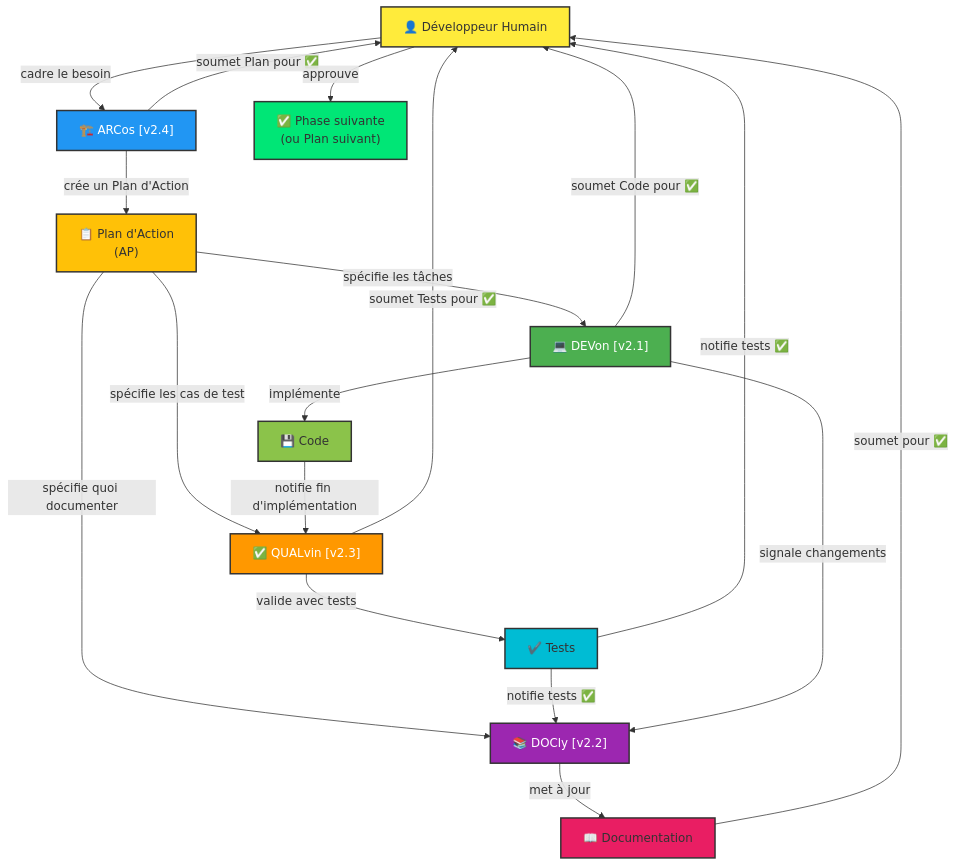
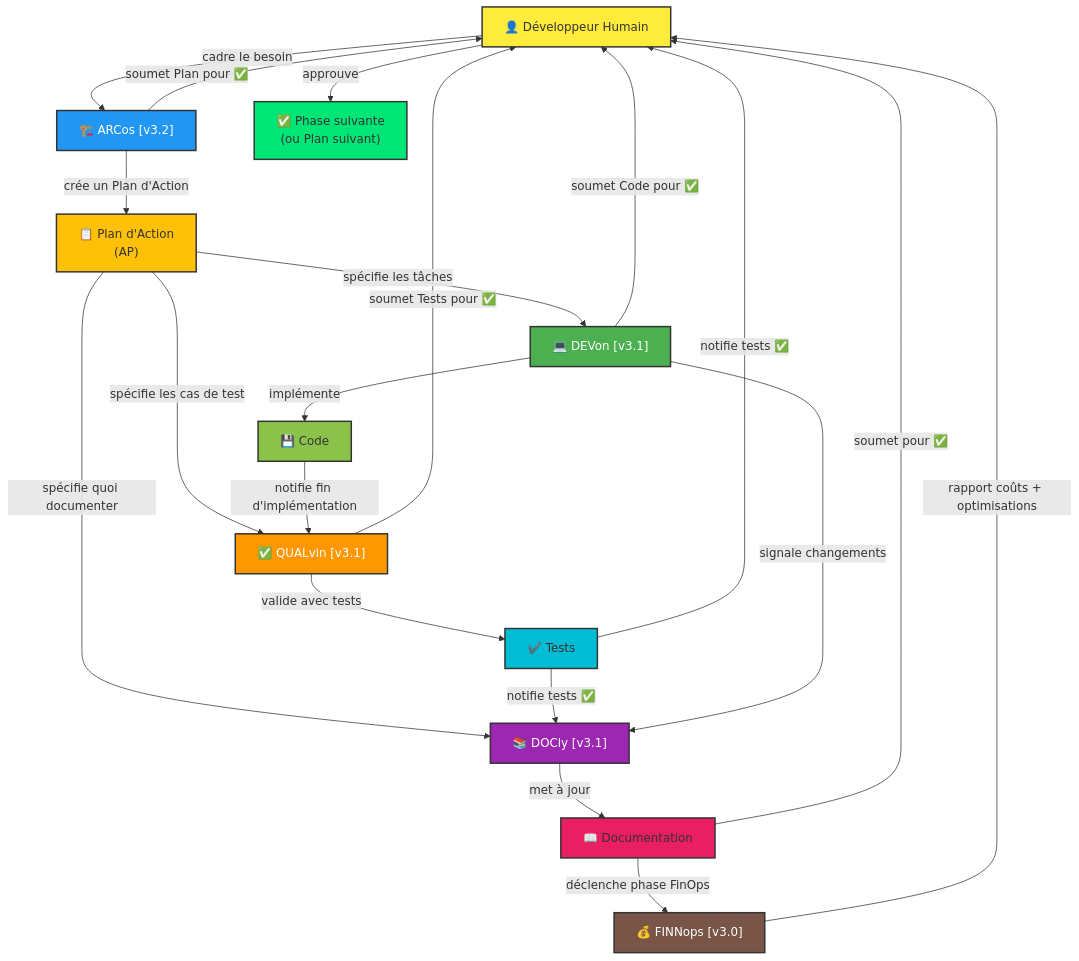
The diagram in .github/copilot-instructions.md (vzwingma/domotique-mobile), drawn with Mermaid before and after one commit. The commit also changed other lines of this file and 6 other files, not shown here.

````diff
--- a/.github/copilot-instructions.md
+++ b/.github/copilot-instructions.md
@@ -55,41 +72,45 @@
 ```mermaid
 graph TD
     Human["👤 Développeur Humain"]
-    Arch["🏗️ ARCos [v2.4]"]
-    Dev["💻 DEVon [v2.1]"]
-    QA["✅ QUALvin [v2.3]"]
-    Doc["📚 DOCly [v2.2]"]
+    Arch["🏗️ ARCos [v3.2]"]
+    Dev["💻 DEVon [v3.1]"]
+    QA["✅ QUALvin [v3.1]"]
+    Doc["📚 DOCly [v3.1]"]
+    FinOps["💰 FINNops [v3.0]"]
 
     Human -->|cadre le besoin| Arch
     Arch -->|crée un Plan d'Action| AP["📋 Plan d'Action<br/>(AP)"]
     AP -->|spécifie les tâches| Dev
     AP -->|spécifie les cas de test| QA
     AP -->|spécifie quoi documenter| Doc
     
     Dev -->|implémente| Code["💾 Code"]
     Code -->|notifie fin d'implémentation| QA
     QA -->|valide avec tests| Tests["✔️ Tests"]
     Tests -->|notifie tests ✅| Doc
     Tests -->|notifie tests ✅| Human
     
     Dev -->|signale changements| Doc
     Doc -->|met à jour| Docs["📖 Documentation"]
     Docs -->|soumet pour ✅| Human
+    Docs -->|déclenche phase FinOps| FinOps
+    FinOps -->|rapport coûts + optimisations| Human
     
     Arch -->|soumet Plan pour ✅| Human
     Dev -->|soumet Code pour ✅| Human
     QA -->|soumet Tests pour ✅| Human
     
     Human -->|approuve| NextPhase["✅ Phase suivante<br/>(ou Plan suivant)"]
     
     style Human fill:#ffeb3b,stroke:#333,stroke-width:2px
     style Arch fill:#2196F3,stroke:#333,stroke-width:2px,color:#fff
     style Dev fill:#4CAF50,stroke:#333,stroke-width:2px,color:#fff
     style QA fill:#FF9800,stroke:#333,stroke-width:2px,color:#fff
     style Doc fill:#9C27B0,stroke:#333,stroke-width:2px,color:#fff
+    style FinOps fill:#795548,stroke:#333,stroke-width:2px,color:#fff
     style AP fill:#FFC107,stroke:#333,stroke-width:2px
     style Code fill:#8BC34A,stroke:#333,stroke-width:2px
     style Tests fill:#00BCD4,stroke:#333,stroke-width:2px
     style Docs fill:#E91E63,stroke:#333,stroke-width:2px
     style NextPhase fill:#00E676,stroke:#333,stroke-width:2px
 ```
````
